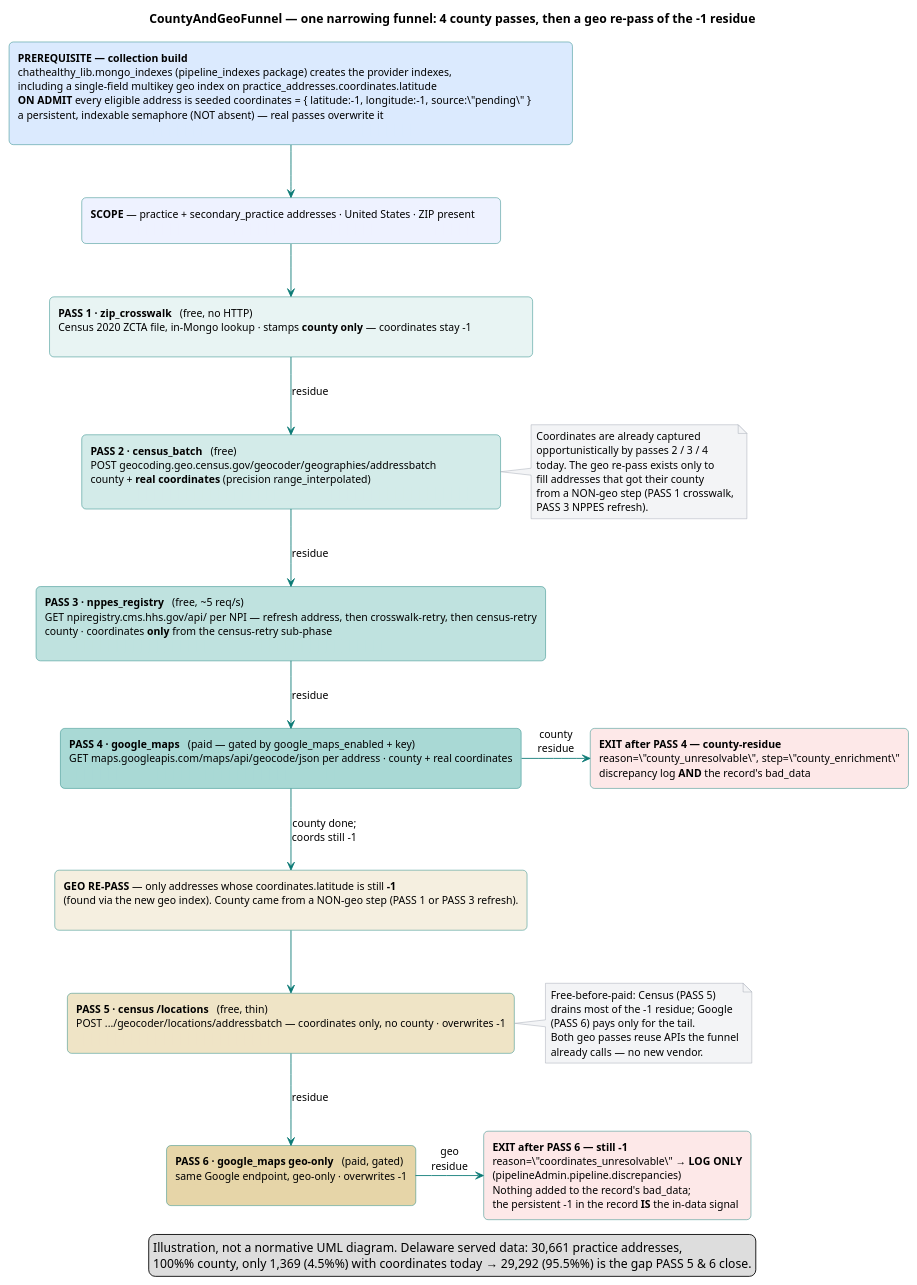
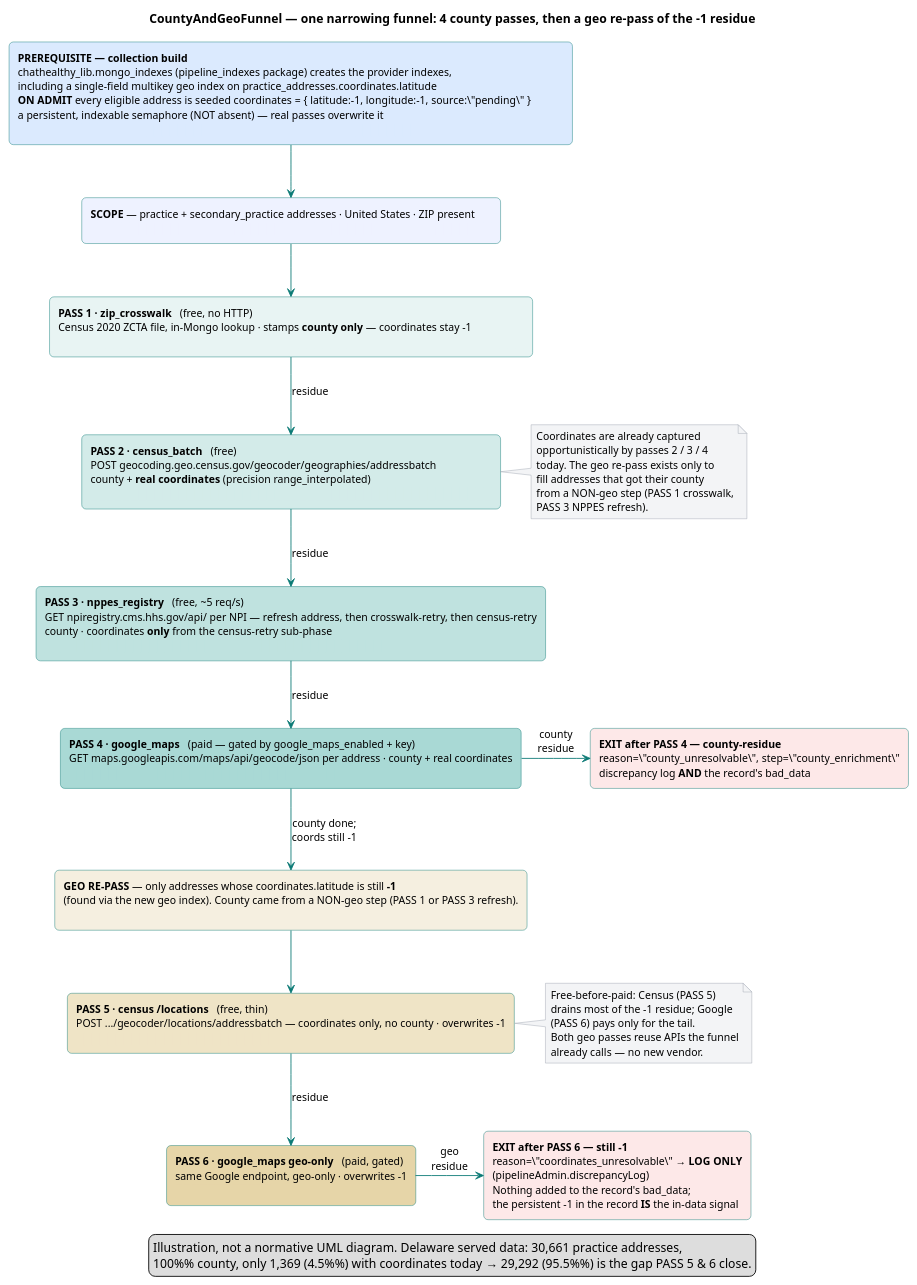
The diagram in brain/machine_artifacts/diagramsAndImages/sources/county_and_geo_funnel.puml (SkipSnow/ChatHealthyRepo), drawn with PlantUML before and after one commit. The commit also changed 31 other files, not shown here.

First line of the commit message:
Implement two-dimension discrepancy log + report (LLD v54)

```diff
--- a/brain/machine_artifacts/diagramsAndImages/sources/county_and_geo_funnel.puml
+++ b/brain/machine_artifacts/diagramsAndImages/sources/county_and_geo_funnel.puml
@@ -1,77 +1,77 @@
 @startuml
 ' CountyAndGeoFunnel — block-chart ILLUSTRATION (NOT a normative UML diagram).
 ' Each pass works only the residue the prior pass could not resolve, so the
 ' working set narrows top-to-bottom. Width guides (invisible block runs whose
 ' colour matches each box fill) force the visual funnel taper.
 skinparam shadowing false
 skinparam defaultFontName Segoe UI
 skinparam defaultFontSize 12
 skinparam rectangleRoundCorner 10
 skinparam ArrowColor #0b7a75
 skinparam rectangleBorderColor #0b7a75
 skinparam NoteBackgroundColor #f3f4f6
 skinparam NoteBorderColor #9ca3af
 
 title CountyAndGeoFunnel — one narrowing funnel: 4 county passes, then a geo re-pass of the -1 residue
 
 ' ── prerequisite / seed (widest) ────────────────────────────────────────────
 rectangle "**PREREQUISITE — collection build**\nchathealthy_lib.mongo_indexes (pipeline_indexes package) creates the provider indexes,\nincluding a single-field multikey geo index on practice_addresses.coordinates.latitude\n**ON ADMIT** every eligible address is seeded  coordinates = { latitude:-1, longitude:-1, source:\"pending\" }\na persistent, indexable semaphore (NOT absent) — real passes overwrite it\n<color:#dbeafe>████████████████████████████████████████████████████████████████████</color>" as PRE #dbeafe
 
 rectangle "**SCOPE** — practice + secondary_practice addresses · United States · ZIP present\n<color:#eef2ff>██████████████████████████████████████████████████</color>" as SCOPE #eef2ff
 
 ' ── the four county passes ──────────────────────────────────────────────────
 rectangle "**PASS 1 · zip_crosswalk**   (free, no HTTP)\nCensus 2020 ZCTA file, in-Mongo lookup · stamps **county only** — coordinates stay -1\n<color:#e8f4f3>██████████████████████████████████████████████████████████</color>" as P1 #e8f4f3
 
 rectangle "**PASS 2 · census_batch**   (free)\nPOST geocoding.geo.census.gov/geocoder/geographies/addressbatch\ncounty + **real coordinates** (precision range_interpolated)\n<color:#d3ebe9>██████████████████████████████████████████████████</color>" as P2 #d3ebe9
 
 rectangle "**PASS 3 · nppes_registry**   (free, ~5 req/s)\nGET npiregistry.cms.hhs.gov/api/ per NPI — refresh address, then crosswalk-retry, then census-retry\ncounty · coordinates **only** from the census-retry sub-phase\n<color:#bfe2df>██████████████████████████████████████████</color>" as P3 #bfe2df
 
 rectangle "**PASS 4 · google_maps**   (paid — gated by google_maps_enabled + key)\nGET maps.googleapis.com/maps/api/geocode/json per address · county + real coordinates\n<color:#a9d9d5>██████████████████████████████████</color>" as P4 #a9d9d5
 
 ' ── county exit ─────────────────────────────────────────────────────────────
 rectangle "**EXIT after PASS 4 — county-residue**\nreason=\"county_unresolvable\", step=\"county_enrichment\"\ndiscrepancy log **AND** the record's bad_data" as CX #fde8e8
 
 ' ── geo re-pass (the -1 residue, found via the new geo index) ────────────────
 rectangle "**GEO RE-PASS** — only addresses whose coordinates.latitude is still **-1**\n(found via the new geo index). County came from a NON-geo step (PASS 1 or PASS 3 refresh).\n<color:#f5efe0>████████████████████████████████</color>" as GEO #f5efe0
 
 rectangle "**PASS 5 · census /locations**   (free, thin)\nPOST .../geocoder/locations/addressbatch — coordinates only, no county · overwrites -1\n<color:#efe4c6>████████████████████████</color>" as P5 #efe4c6
 
 rectangle "**PASS 6 · google_maps geo-only**   (paid, gated)\nsame Google endpoint, geo-only · overwrites -1\n<color:#e6d5a8>████████████</color>" as P6 #e6d5a8
 
 ' ── geo exit (log only) ─────────────────────────────────────────────────────
-rectangle "**EXIT after PASS 6 — still -1**\nreason=\"coordinates_unresolvable\" → **LOG ONLY**\n(pipelineAdmin.pipeline.discrepancies)\nNothing added to the record's bad_data;\nthe persistent -1 in the record **IS** the in-data signal" as GX #fde8e8
+rectangle "**EXIT after PASS 6 — still -1**\nreason=\"coordinates_unresolvable\" → **LOG ONLY**\n(pipelineAdmin.discrepancyLog)\nNothing added to the record's bad_data;\nthe persistent -1 in the record **IS** the in-data signal" as GX #fde8e8
 
 PRE -down-> SCOPE
 SCOPE -down-> P1
 P1 -down-> P2 : residue
 P2 -down-> P3 : residue
 P3 -down-> P4 : residue
 P4 -down-> GEO : county done;\ncoords still -1
 P4 -right-> CX : county\nresidue
 GEO -down-> P5
 P5 -down-> P6 : residue
 P6 -right-> GX : geo\nresidue
 
 note right of P2
   Coordinates are already captured
   opportunistically by passes 2 / 3 / 4
   today. The geo re-pass exists only to
   fill addresses that got their county
   from a NON-geo step (PASS 1 crosswalk,
   PASS 3 NPPES refresh).
 end note
 
 note right of P5
   Free-before-paid: Census (PASS 5)
   drains most of the -1 residue; Google
   (PASS 6) pays only for the tail.
   Both geo passes reuse APIs the funnel
   already calls — no new vendor.
 end note
 
 legend bottom
   Illustration, not a normative UML diagram. Delaware served data: 30,661 practice addresses,
   100%% county, only 1,369 (4.5%%) with coordinates today → 29,292 (95.5%%) is the gap PASS 5 & 6 close.
 endlegend
 
 @enduml
```
